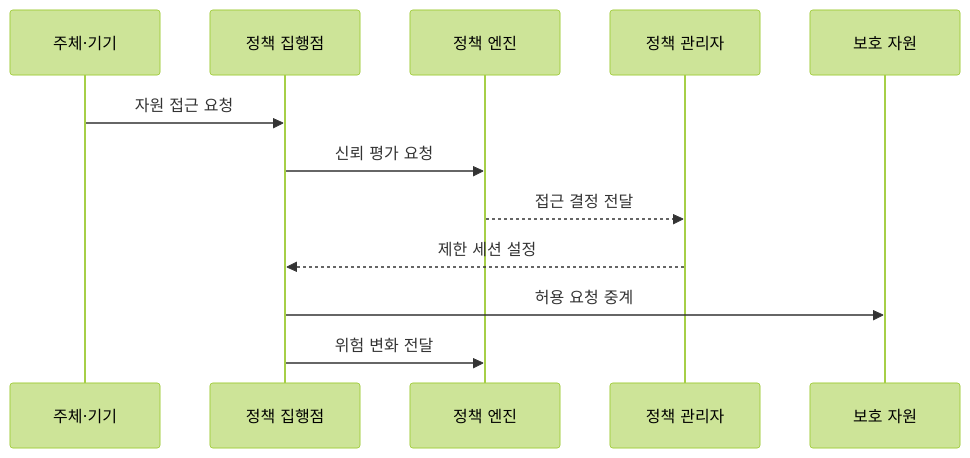
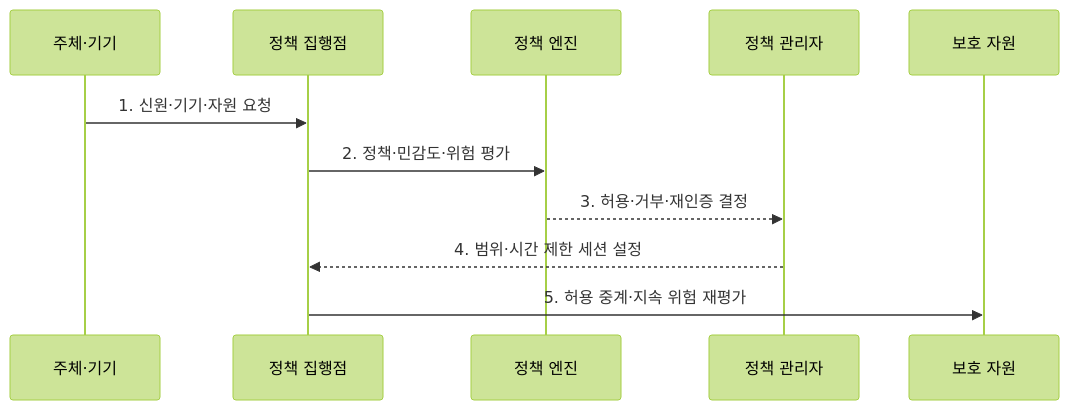
The second of 2 diagrams in src/content/docs/notes/05-security/063_zero_trust.md (agnusdei1207/knowledge-base), drawn with Mermaid (forest theme) before and after one commit. The commit also changed other lines of this file and 5 other files, not shown here.

````diff
--- a/src/content/docs/notes/05-security/063_zero_trust.md
+++ b/src/content/docs/notes/05-security/063_zero_trust.md
@@ -82,14 +84,13 @@
 ```mermaid
 sequenceDiagram
     participant U as 주체·기기
     participant E as 정책 집행점
     participant P as 정책 엔진
     participant A as 정책 관리자
     participant R as 보호 자원
-    U->>E: 자원 접근 요청
-    E->>P: 신뢰 평가 요청
-    P-->>A: 접근 결정 전달
-    A-->>E: 제한 세션 설정
-    E->>R: 허용 요청 중계
-    E->>P: 위험 변화 전달
+    U->>E: 1. 신원·기기·자원 요청
+    E->>P: 2. 정책·민감도·위험 평가
+    P-->>A: 3. 허용·거부·재인증 결정
+    A-->>E: 4. 범위·시간 제한 세션 설정
+    E->>R: 5. 허용 중계·지속 위험 재평가
 ```
````
